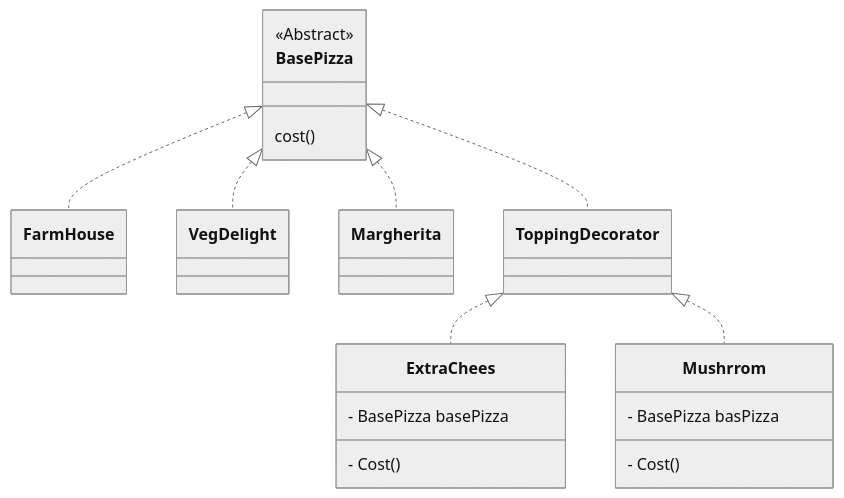
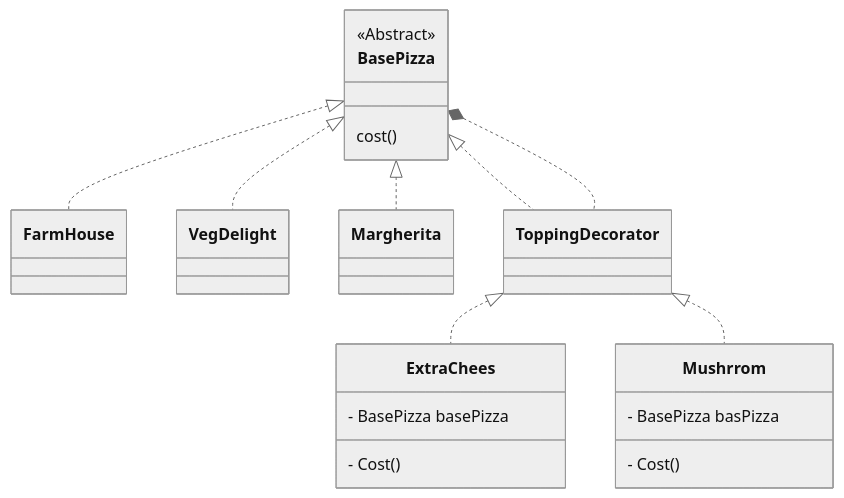
One commit to akashfit2max/low.level.design changed the diagram in src/main/java/com/akash/low/level/design/designpatter/decoratorpattern/decorator.md. Above: the diagram before and after it, drawn with Mermaid (neutral theme). The commit also changed 6 other files, not shown here.

````diff
--- a/src/main/java/com/akash/low/level/design/designpatter/decoratorpattern/decorator.md
+++ b/src/main/java/com/akash/low/level/design/designpatter/decoratorpattern/decorator.md
@@ -6,28 +6,29 @@
 ```mermaid
 classDiagram
     BasePizza <|.. FarmHouse
     BasePizza <|.. VegDelight
     BasePizza <|.. Margherita
     BasePizza <|.. ToppingDecorator
+    BasePizza *.. ToppingDecorator
 
     class BasePizza {
         <<Abstract>>
         cost()
     }
 
     ToppingDecorator <|.. ExtraChees
     ToppingDecorator <|.. Mushrrom
 
     class ExtraChees {
         - BasePizza basePizza
         - Cost()
     }
 
     class Mushrrom {
         - BasePizza basPizza
         - Cost()
     }
 
 
 
 ```
````
